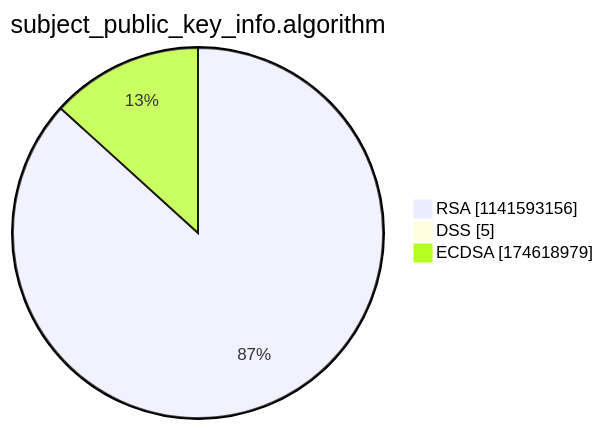
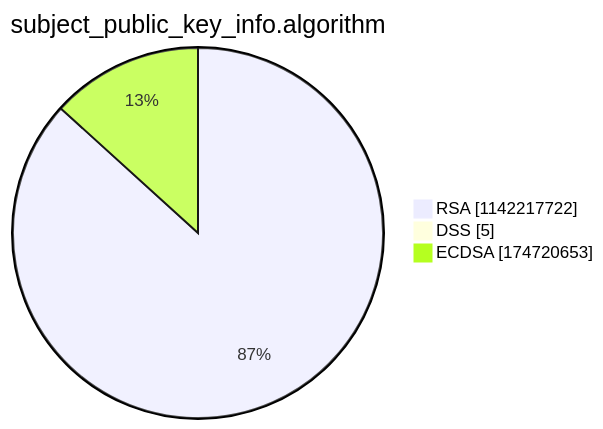
Before and after one commit to christiankrug/ctmonitor_visualization: the third of 15 diagrams in argon2022/README.md, drawn with Mermaid. The commit also changed other lines of this file, not shown here.

````diff
--- a/argon2022/README.md
+++ b/argon2022/README.md
@@ -14,7 +14,7 @@
 ```mermaid
 pie showData
 title subject_public_key_info.algorithm
-"RSA" :1141593156
+"RSA" :1142217722
 "DSS" :5
-"ECDSA" :174618979
+"ECDSA" :174720653
 ```
````
